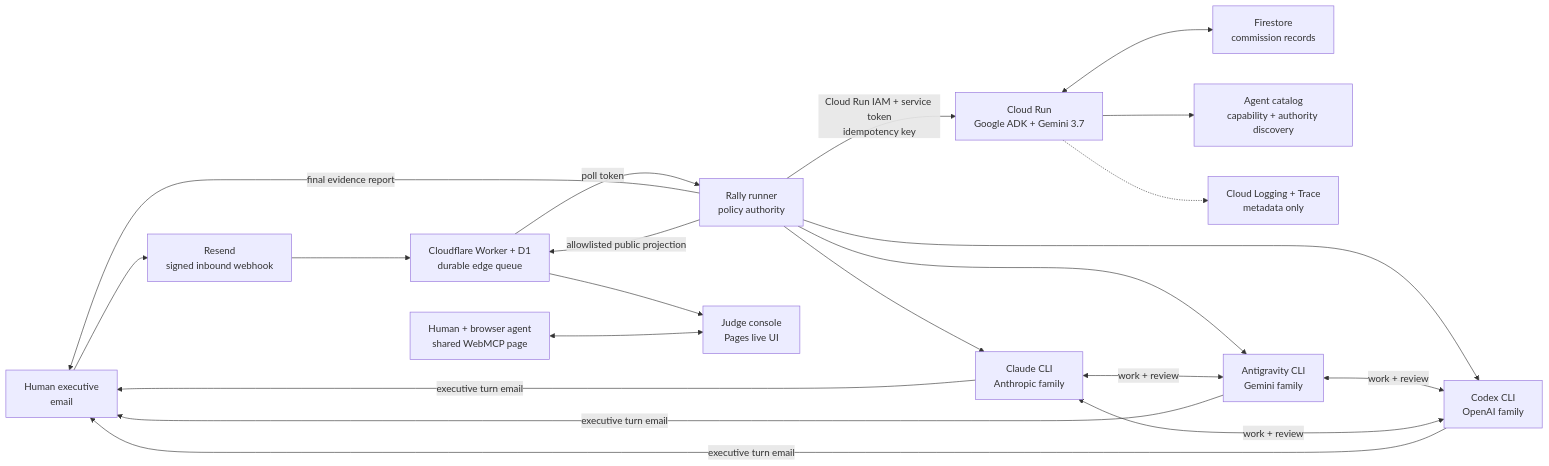
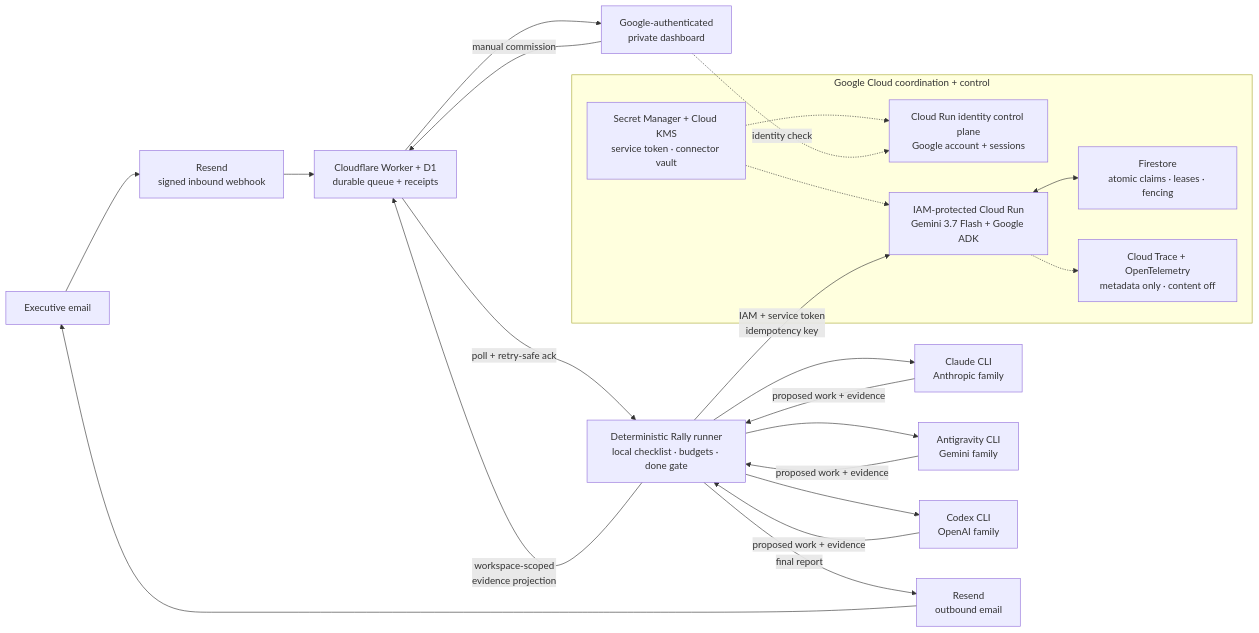
One commit to Agent9AI/rally changed the diagram in docs/ARCHITECTURE.md. Above: the diagram before and after it, drawn with Mermaid. The commit also changed other lines of this file and 75 other files, not shown here.

Commit message:
Ship Rally accountable AI workspace

````diff
--- a/docs/ARCHITECTURE.md
+++ b/docs/ARCHITECTURE.md
@@ -7,23 +7,32 @@
 ```mermaid
 flowchart LR
-    H["Human executive<br/>email"] --> R["Resend<br/>signed inbound webhook"]
-    R --> W["Cloudflare Worker + D1<br/>durable edge queue"]
-    W -->|"poll token"| L["Rally runner<br/>policy authority"]
-    L -->|"Cloud Run IAM + service token<br/>idempotency key"| C["Cloud Run<br/>Google ADK + Gemini 3.7"]
-    C <--> F["Firestore<br/>commission records"]
-    C --> K["Agent catalog<br/>capability + authority discovery"]
-    C -.-> T["Cloud Logging + Trace<br/>metadata only"]
+    H["Executive email"] --> RI["Resend<br/>signed inbound webhook"]
+    D["Google-authenticated<br/>private dashboard"] -->|"manual commission"| W["Cloudflare Worker + D1<br/>durable queue + receipts"]
+    RI --> W
+    W -->|"poll + retry-safe ack"| L["Deterministic Rally runner<br/>local checklist · budgets · done gate"]
+
+    subgraph GC["Google Cloud coordination + control"]
+      I["Cloud Run identity control plane<br/>Google account + sessions"]
+      C["IAM-protected Cloud Run<br/>Gemini 3.7 Flash + Google ADK"]
+      F["Firestore<br/>atomic claims · leases · fencing"]
+      S["Secret Manager + Cloud KMS<br/>service token · connector vault"]
+      T["Cloud Trace + OpenTelemetry<br/>metadata only · content off"]
+      C <--> F
+      C -.-> T
+      S -.-> C
+      S -.-> I
+    end
+
+    D -.->|"identity check"| I
+    L -->|"IAM + service token<br/>idempotency key"| C
     L --> A["Claude CLI<br/>Anthropic family"]
     L --> G["Antigravity CLI<br/>Gemini family"]
     L --> O["Codex CLI<br/>OpenAI family"]
-    A <-->|"work + review"| G
-    G <-->|"work + review"| O
-    O <-->|"work + review"| A
-    A -->|"executive turn email"| H
-    G -->|"executive turn email"| H
-    O -->|"executive turn email"| H
-    L -->|"final evidence report"| H
-    L -->|"allowlisted public projection"| W
-    W --> D["Judge console<br/>Pages live UI"]
-    B["Human + browser agent<br/>shared WebMCP page"] <--> D
+    A -->|"proposed work + evidence"| L
+    G -->|"proposed work + evidence"| L
+    O -->|"proposed work + evidence"| L
+    L -->|"final report"| RO["Resend<br/>outbound email"]
+    RO --> H
+    L -->|"workspace-scoped<br/>evidence projection"| W
+    W --> D
 ```
````
